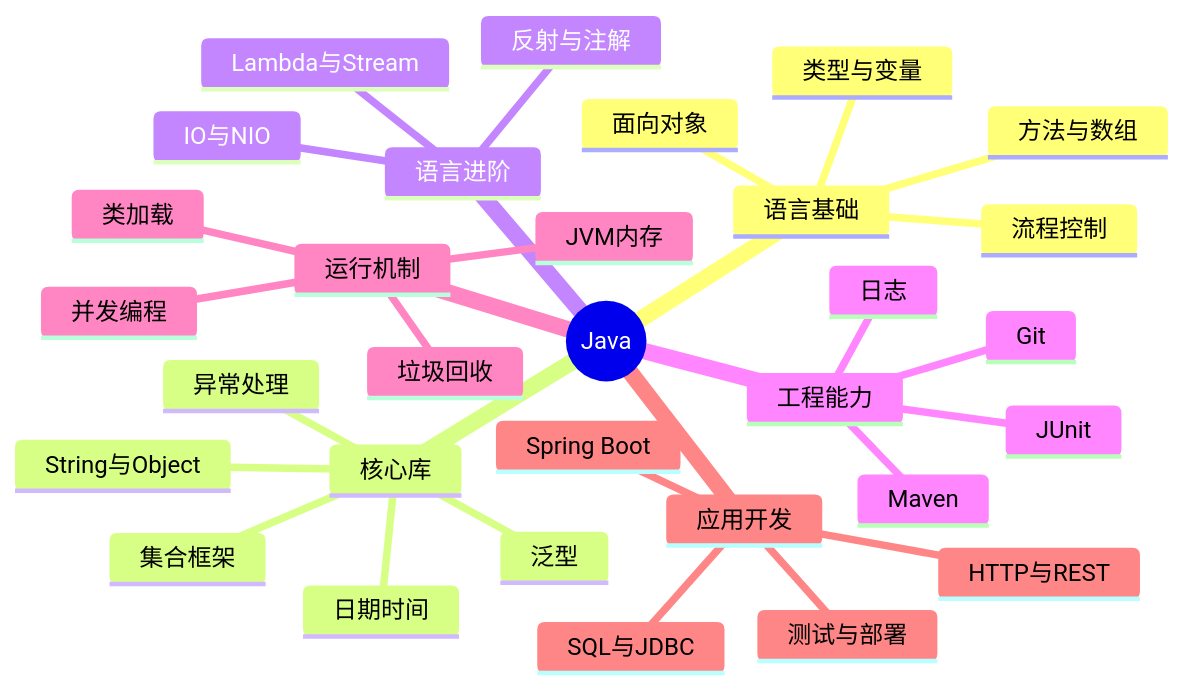
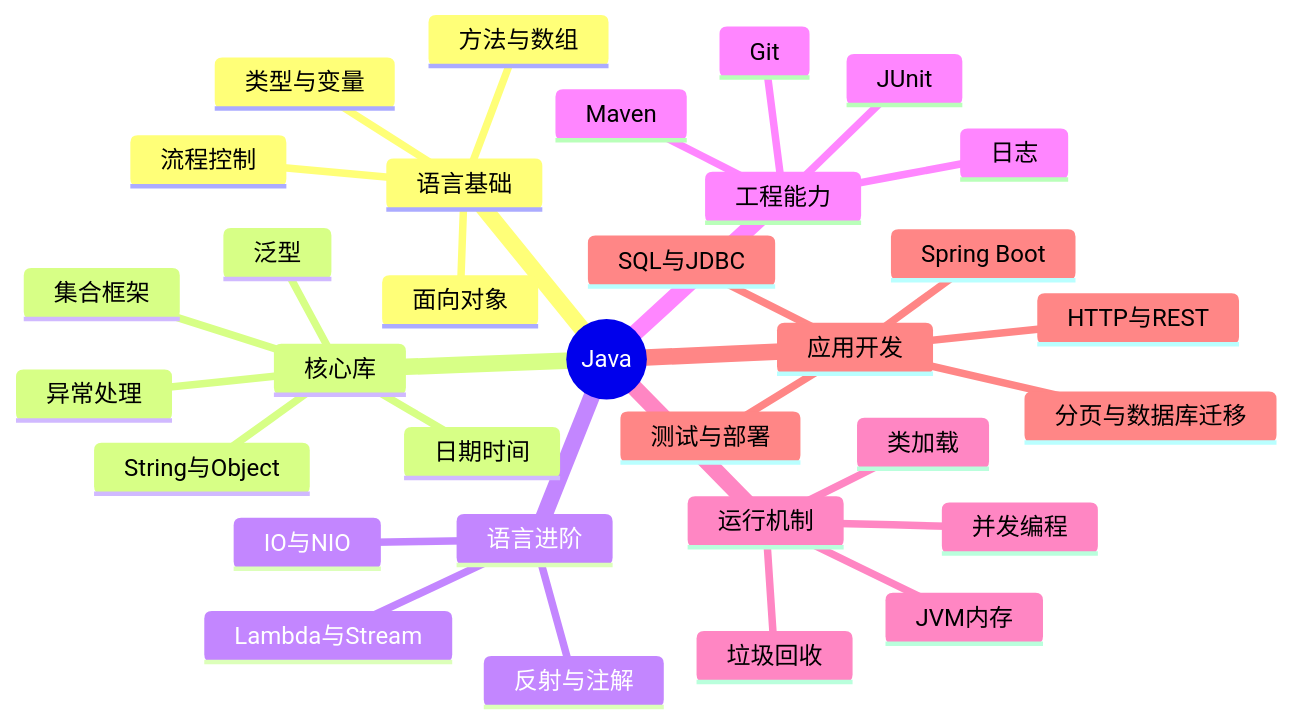
One commit to ilikui/Java changed the diagram in Doc/Java学习手册.md. Above: the diagram before and after it, drawn with Mermaid.

Commit message:
docs: update Java roadmap for pagination and Flyway

````diff
--- a/Doc/Java学习手册.md
+++ b/Doc/Java学习手册.md
@@ -36,34 +36,35 @@
 ```mermaid
 mindmap
   root((Java))
     语言基础
       类型与变量
       流程控制
       方法与数组
       面向对象
     核心库
       String与Object
       集合框架
       泛型
       日期时间
       异常处理
     语言进阶
       Lambda与Stream
       反射与注解
       IO与NIO
     工程能力
       Git
       Maven
       JUnit
       日志
     运行机制
       JVM内存
       类加载
       垃圾回收
       并发编程
     应用开发
       SQL与JDBC
       HTTP与REST
       Spring Boot
+      分页与数据库迁移
       测试与部署
 ```
````
